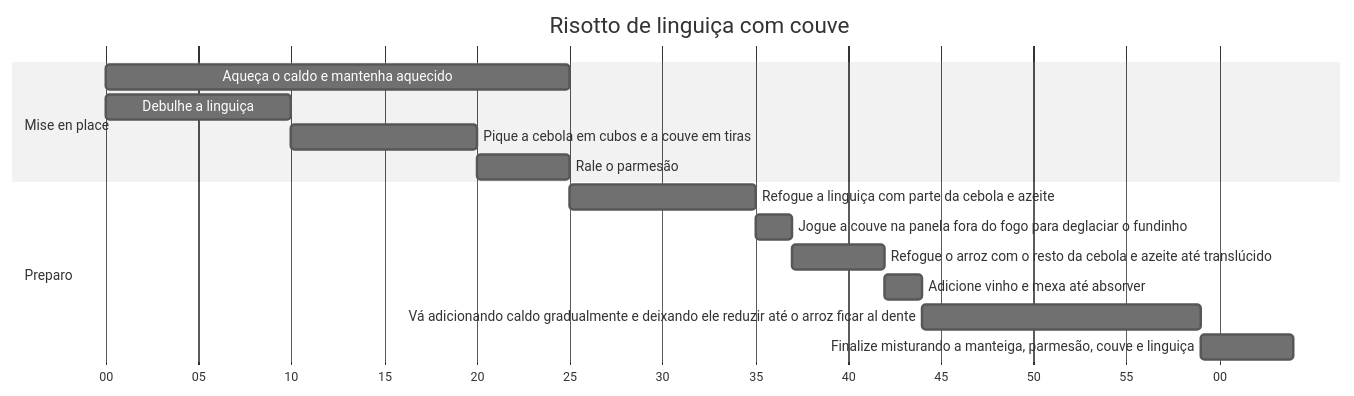
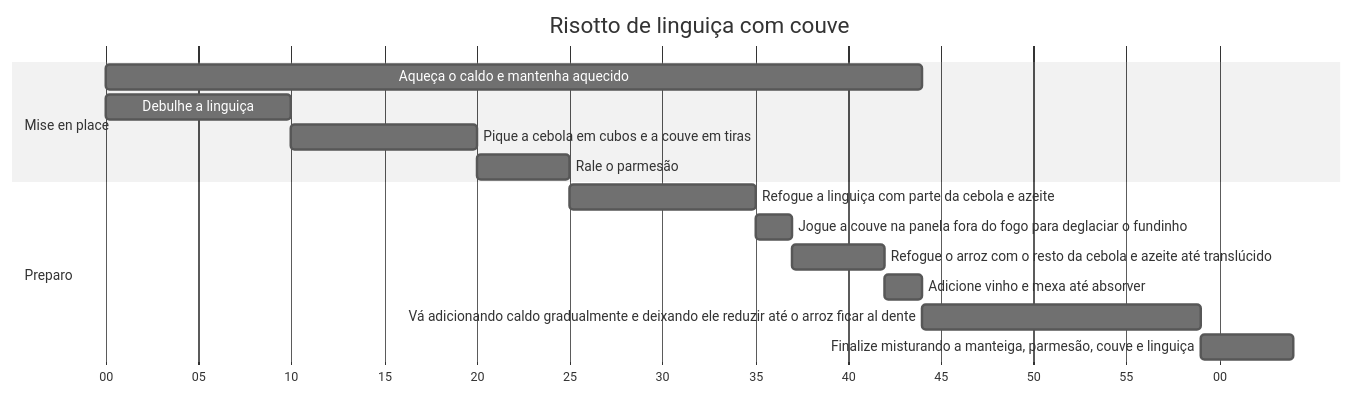
Before and after one commit to mpjan/recipes: the diagram in recipes/risotto-couve-linguica.md, drawn with Mermaid (neutral theme). The commit also changed 1 other file, not shown here.

````diff
--- a/recipes/risotto-couve-linguica.md
+++ b/recipes/risotto-couve-linguica.md
@@ -19,21 +19,21 @@
 ```mermaid
 gantt
     title Risotto de linguiça com couve
     dateFormat  m
     axisFormat %M
     tickInterval 5minute
 
     section Mise en place
-    Aqueça o caldo e mantenha aquecido : misenplace1, 0, 25m
+    Aqueça o caldo e mantenha aquecido : misenplace1, 0, 44m
     Debulhe a linguiça : misenplace2, 0, 10m
     Pique a cebola em cubos e a couve em tiras : misenplace3, after misenplace2, 10m
     Rale o parmesão : misenplace4, after misenplace3, 5m
 
     section Preparo
     Refogue a linguiça com parte da cebola e azeite: prep1, after misenplace4, 10m
     Jogue a couve na panela fora do fogo para deglaciar o fundinho : prep2, after prep1, 2m
     Refogue o arroz com o resto da cebola e azeite até translúcido : prep3, after prep2, 5m
     Adicione vinho e mexa até absorver : prep4, after prep3, 2m
     Vá adicionando caldo gradualmente e deixando ele reduzir até o arroz ficar al dente : prep5, after prep4, 15m
     Finalize misturando a manteiga, parmesão, couve e linguiça : prep6, after prep5, 5m
 ```
````
